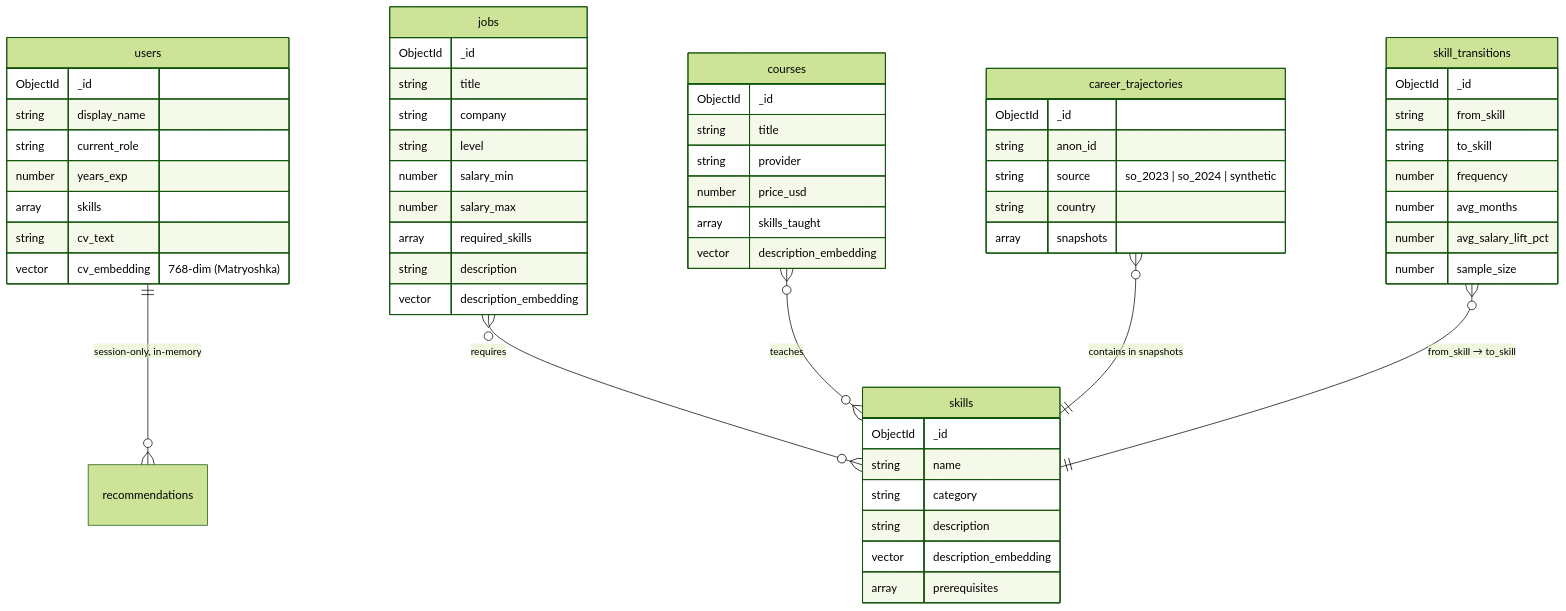
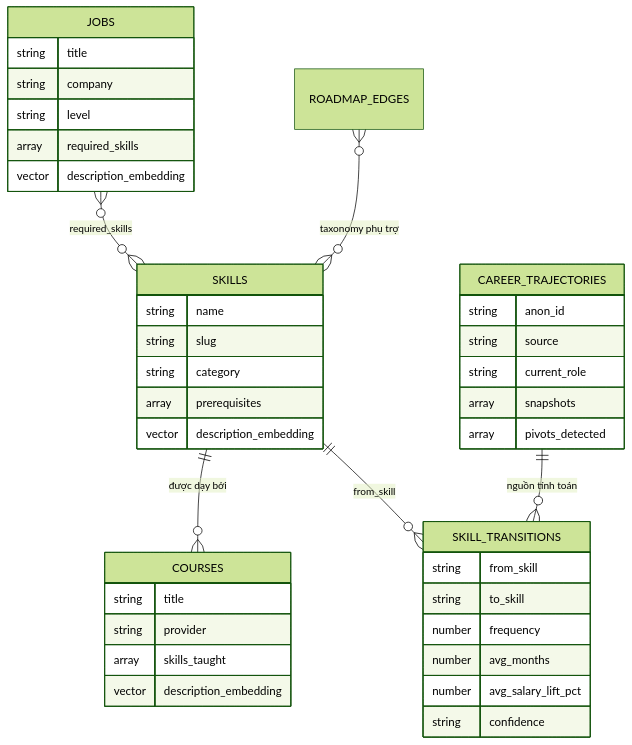
Before and after one commit to trahoangdev/path-finder: the third of 3 diagrams in docs/TECHNICAL_DOC.md, drawn with Mermaid (forest theme). The commit also changed other lines of this file and 5 other files, not shown here.

````diff
--- a/docs/TECHNICAL_DOC.md
+++ b/docs/TECHNICAL_DOC.md
@@ -252,61 +249,44 @@
 ```mermaid
 erDiagram
-    users ||--o{ recommendations : "session-only, in-memory"
-    jobs }o--o{ skills : requires
-    courses }o--o{ skills : teaches
-    career_trajectories }o--|| skills : "contains in snapshots"
-    skill_transitions }o--|| skills : "from_skill → to_skill"
-    
-    users {
-        ObjectId _id
-        string display_name
-        string current_role
-        number years_exp
-        array skills
-        string cv_text
-        vector cv_embedding "768-dim (Matryoshka)"
+    SKILLS ||--o{ COURSES : "được dạy bởi"
+    SKILLS ||--o{ SKILL_TRANSITIONS : "from_skill"
+    CAREER_TRAJECTORIES ||--o{ SKILL_TRANSITIONS : "nguồn tính toán"
+    JOBS }o--o{ SKILLS : "required_skills"
+    ROADMAP_EDGES }o--o{ SKILLS : "taxonomy phụ trợ"
+
+    SKILLS {
+      string name
+      string slug
+      string category
+      array prerequisites
+      vector description_embedding
     }
-    jobs {
-        ObjectId _id
-        string title
-        string company
-        string level
-        number salary_min
-        number salary_max
-        array required_skills
-        string description
-        vector description_embedding
+    COURSES {
+      string title
+      string provider
+      array skills_taught
+      vector description_embedding
     }
-    skills {
-        ObjectId _id
-        string name
-        string category
-        string description
-        vector description_embedding
-        array prerequisites
+    JOBS {
+      string title
+      string company
+      string level
+      array required_skills
+      vector description_embedding
     }
-    courses {
-        ObjectId _id
-        string title
-        string provider
-        number price_usd
-        array skills_taught
-        vector description_embedding
+    CAREER_TRAJECTORIES {
+      string anon_id
+      string source
+      string current_role
+      array snapshots
+      array pivots_detected
     }
-    career_trajectories {
-        ObjectId _id
-        string anon_id
-        string source "so_2023 | so_2024 | synthetic"
-        string country
-        array snapshots
-    }
-    skill_transitions {
-        ObjectId _id
-        string from_skill
-        string to_skill
-        number frequency
-        number avg_months
-        number avg_salary_lift_pct
-        number sample_size
+    SKILL_TRANSITIONS {
+      string from_skill
+      string to_skill
+      number frequency
+      number avg_months
+      number avg_salary_lift_pct
+      string confidence
     }
 ```
````
